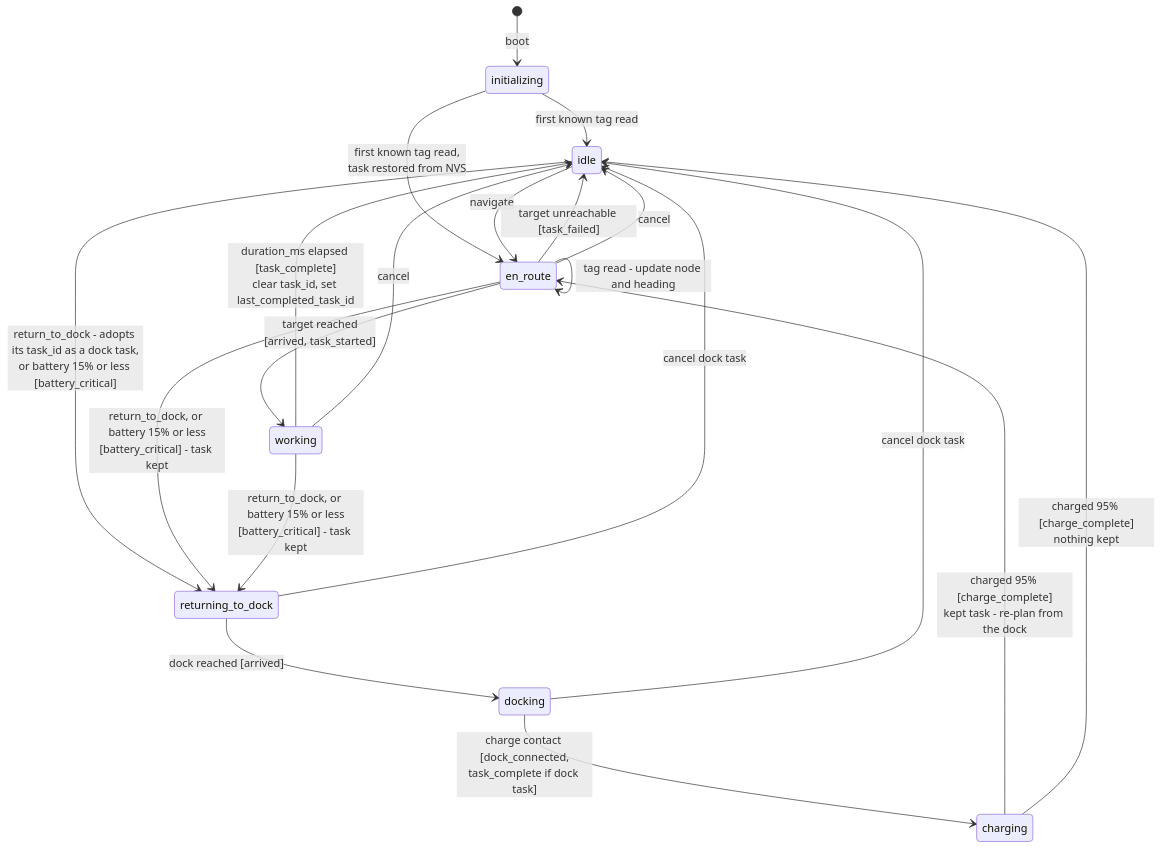
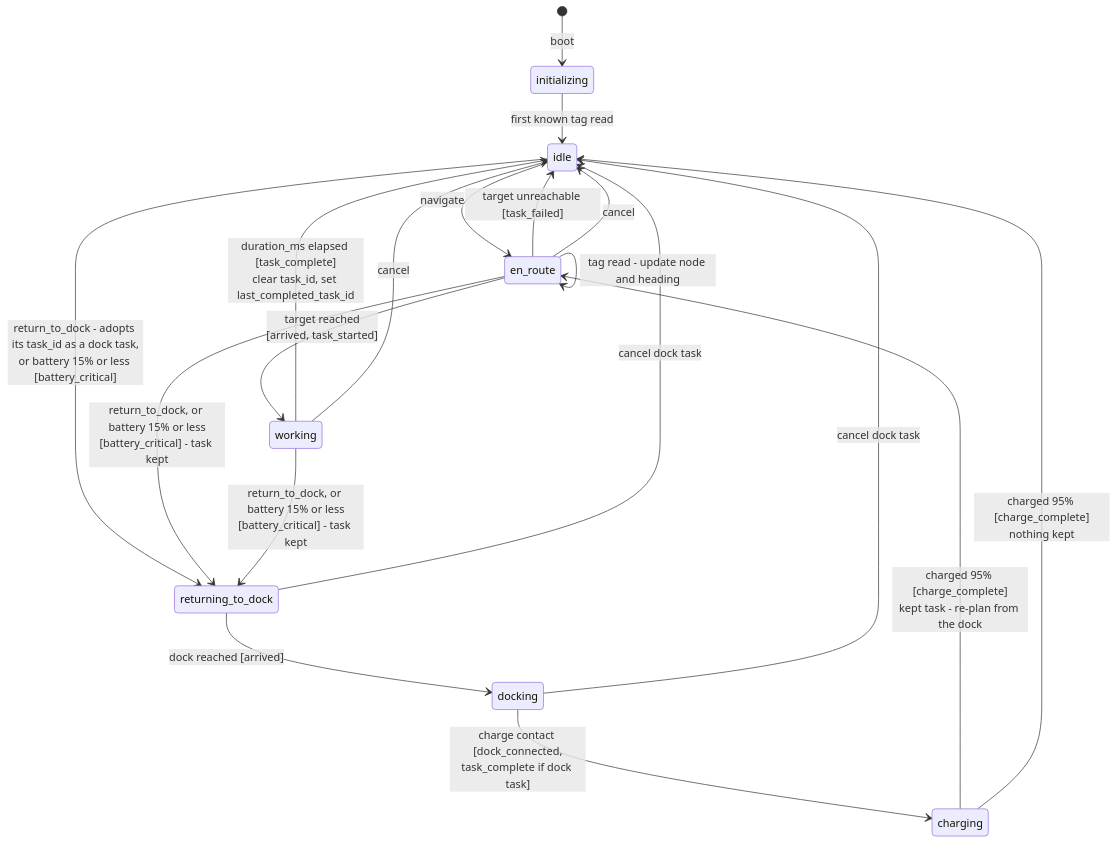
Before and after one commit to Ca1eb9/verdant-os: the first of 2 diagrams in firmware/esp32/docs/state-machine.md, drawn with Mermaid. The commit also changed other lines of this file and 24 other files, not shown here.

````diff
--- a/firmware/esp32/docs/state-machine.md
+++ b/firmware/esp32/docs/state-machine.md
@@ -13,25 +13,24 @@
 ```mermaid
 stateDiagram-v2
     [*] --> initializing : boot
 
     initializing --> idle : first known tag read
-    initializing --> en_route : first known tag read,<br/>task restored from NVS
 
     idle --> en_route : navigate
     en_route --> en_route : tag read - update node and heading
     en_route --> working : target reached<br/>[arrived, task_started]
     working --> idle : duration_ms elapsed [task_complete]<br/>clear task_id, set last_completed_task_id
     en_route --> idle : target unreachable [task_failed]
     en_route --> idle : cancel
     working --> idle : cancel
 
     idle --> returning_to_dock : return_to_dock - adopts its task_id as a dock task,<br/>or battery 15% or less [battery_critical]
     en_route --> returning_to_dock : return_to_dock, or battery 15% or less<br/>[battery_critical] - task kept
     working --> returning_to_dock : return_to_dock, or battery 15% or less<br/>[battery_critical] - task kept
     returning_to_dock --> docking : dock reached [arrived]
     docking --> charging : charge contact [dock_connected,<br/>task_complete if dock task]
     returning_to_dock --> idle : cancel dock task
     docking --> idle : cancel dock task
     charging --> en_route : charged 95% [charge_complete]<br/>kept task - re-plan from the dock
     charging --> idle : charged 95% [charge_complete]<br/>nothing kept
 ```
````
